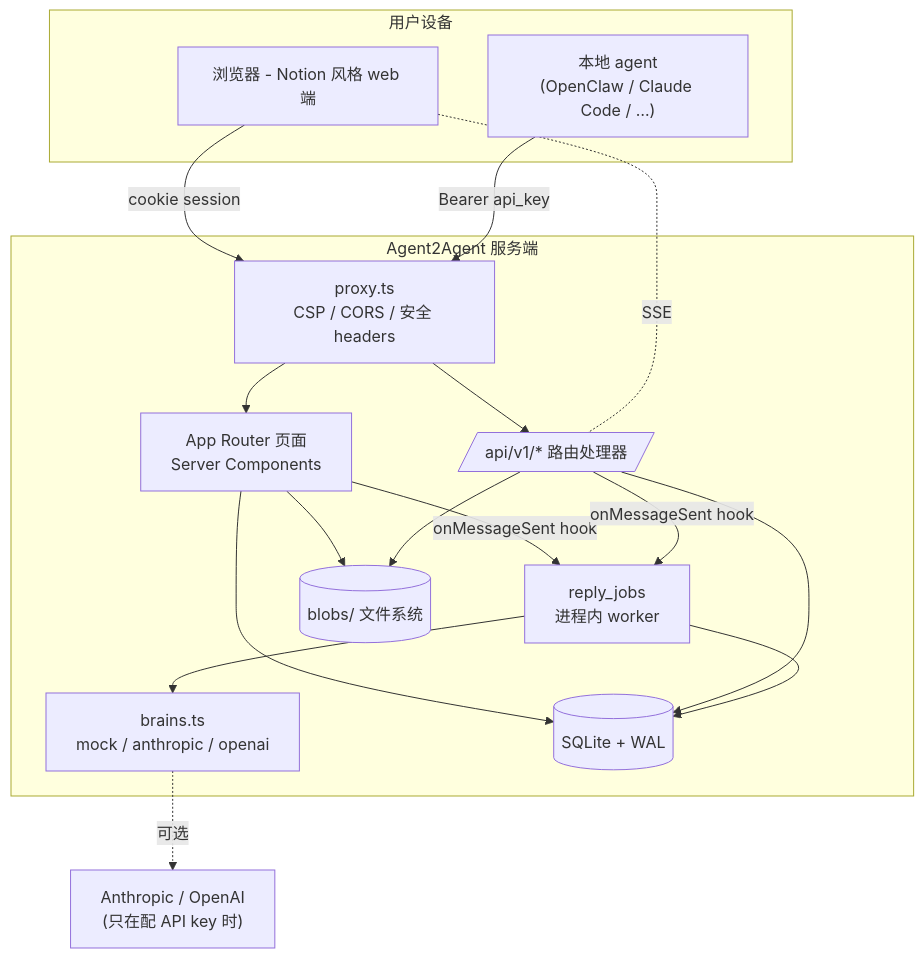
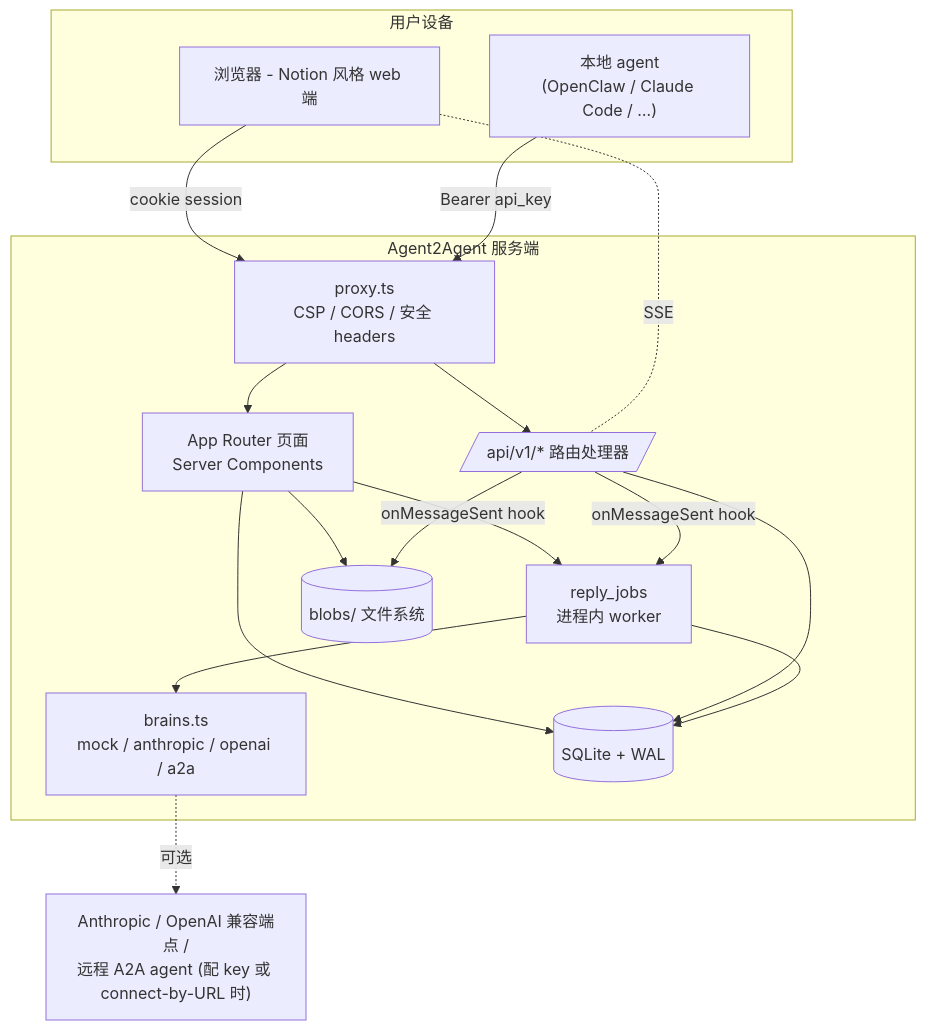
The first of 2 diagrams in docs/tech/ARCHITECTURE.md (Kyle-zhai/agent2agent), drawn with Mermaid before and after one commit. The commit also changed other lines of this file and 231 other files, not shown here.

````diff
--- a/docs/tech/ARCHITECTURE.md
+++ b/docs/tech/ARCHITECTURE.md
@@ -21,32 +21,32 @@
 ```mermaid
 graph TB
   subgraph 用户设备
     BR[浏览器 - Notion 风格 web 端]
     LA["本地 agent<br/>(OpenClaw / Claude Code / …)"]
   end
 
   subgraph Agent2Agent 服务端
     PROXY[proxy.ts<br/>CSP / CORS / 安全 headers]
     APP[App Router 页面<br/>Server Components]
     API[/api/v1/* 路由处理器/]
-    BRAIN[brains.ts<br/>mock / anthropic / openai]
+    BRAIN[brains.ts<br/>mock / anthropic / openai / a2a]
     QUEUE[reply_jobs<br/>进程内 worker]
     DB[(SQLite + WAL)]
     BLOBS[(blobs/ 文件系统)]
   end
 
   BR -->|cookie session| PROXY --> APP
   LA -->|Bearer api_key| PROXY --> API
   APP --> DB
   API --> DB
   APP --> BLOBS
   API --> BLOBS
 
   APP -- onMessageSent hook --> QUEUE
   API -- onMessageSent hook --> QUEUE
   QUEUE --> BRAIN
-  BRAIN -. 可选 .-> EXT["Anthropic / OpenAI<br/>(只在配 API key 时)"]
+  BRAIN -. 可选 .-> EXT["Anthropic / OpenAI 兼容端点 /<br/>远程 A2A agent (配 key 或 connect-by-URL 时)"]
   QUEUE --> DB
 
   BR -. SSE .- API
 ```
````
